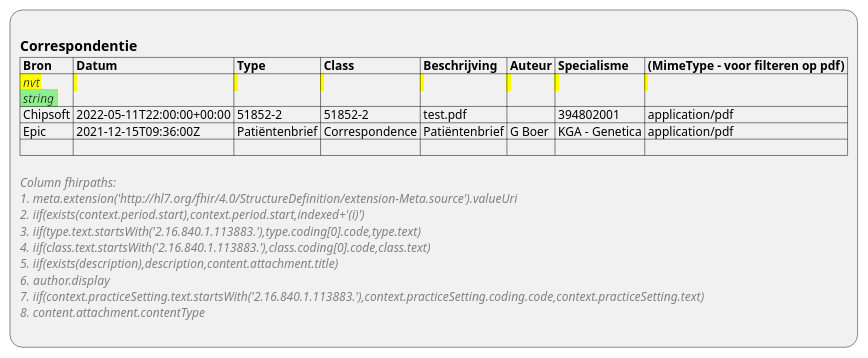
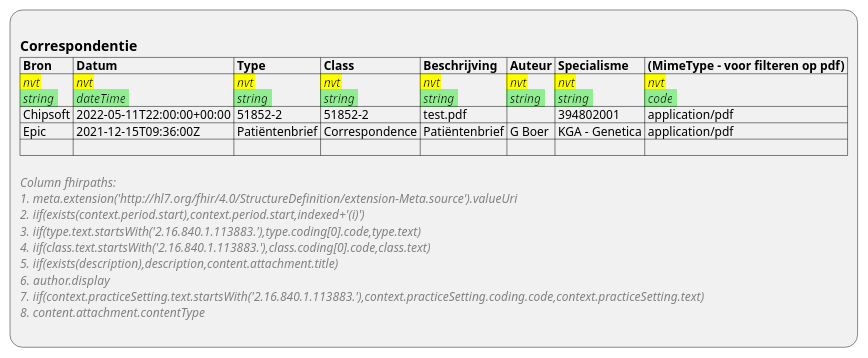
The diagram in input/images-source/ViewDefinition-DocumentReference.plantuml (RIVO-Noord/zorgviewer-ig), drawn with PlantUML before and after one commit. The commit also changed 13 other files, not shown here.

```diff
--- a/input/images-source/ViewDefinition-DocumentReference.plantuml
+++ b/input/images-source/ViewDefinition-DocumentReference.plantuml
@@ -1,20 +1,20 @@
 @startuml ViewDefinition-DocumentReference
 :
 == Correspondentie
 |= Bron |= Datum |= Type |= Class |= Beschrijving |= Auteur |= Specialisme |= (MimeType - voor filteren op pdf) |
-|<back:yellow> //nvt//\n<back:lightgreen> //string// |<back:yellow> \n |<back:yellow> \n |<back:yellow> \n |<back:yellow> \n |<back:yellow> \n |<back:yellow> \n |<back:yellow> \n |
+|<back:yellow> //nvt//\n<back:lightgreen> //string// |<back:yellow> //nvt//\n<back:lightgreen> //dateTime// |<back:yellow> //nvt//\n<back:lightgreen> //string// |<back:yellow> //nvt//\n<back:lightgreen> //string// |<back:yellow> //nvt//\n<back:lightgreen> //string// |<back:yellow> //nvt//\n<back:lightgreen> //string// |<back:yellow> //nvt//\n<back:lightgreen> //string// |<back:yellow> //nvt//\n<back:lightgreen> //code// |
 | Chipsoft | 2022-05-11T22:00:00+00:00 | 51852-2 | 51852-2 | test.pdf |  | 394802001 | application/pdf |
 | Epic | 2021-12-15T09:36:00Z | Patiëntenbrief | Correspondence | Patiëntenbrief | G Boer | KGA - Genetica | application/pdf |
 | |
 
 <color:gray>//Column fhirpaths://
 <color:gray>//1. meta.extension('http:~//hl7.org/fhir/4.0/StructureDefinition/extension-Meta.source').valueUri//
 <color:gray>//2. iif(exists(context.period.start),context.period.start,indexed+'(i)')//
 <color:gray>//3. iif(type.text.startsWith('2.16.840.1.113883.'),type.coding[0].code,type.text)//
 <color:gray>//4. iif(class.text.startsWith('2.16.840.1.113883.'),class.coding[0].code,class.text)//
 <color:gray>//5. iif(exists(description),description,content.attachment.title)//
 <color:gray>//6. author.display//
 <color:gray>//7. iif(context.practiceSetting.text.startsWith('2.16.840.1.113883.'),context.practiceSetting.coding.code,context.practiceSetting.text)//
 <color:gray>//8. content.attachment.contentType//
 ;
 @enduml
```
